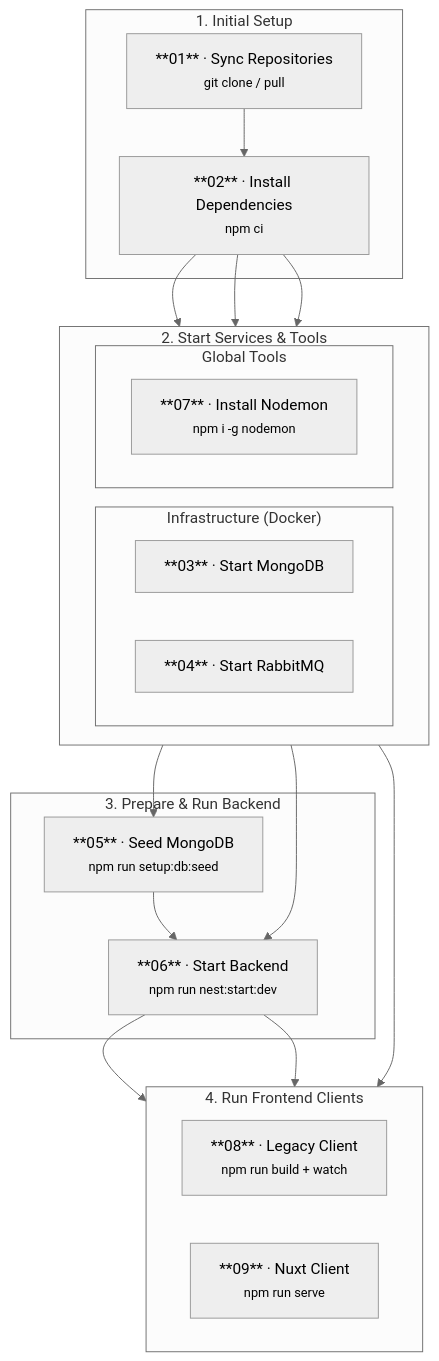
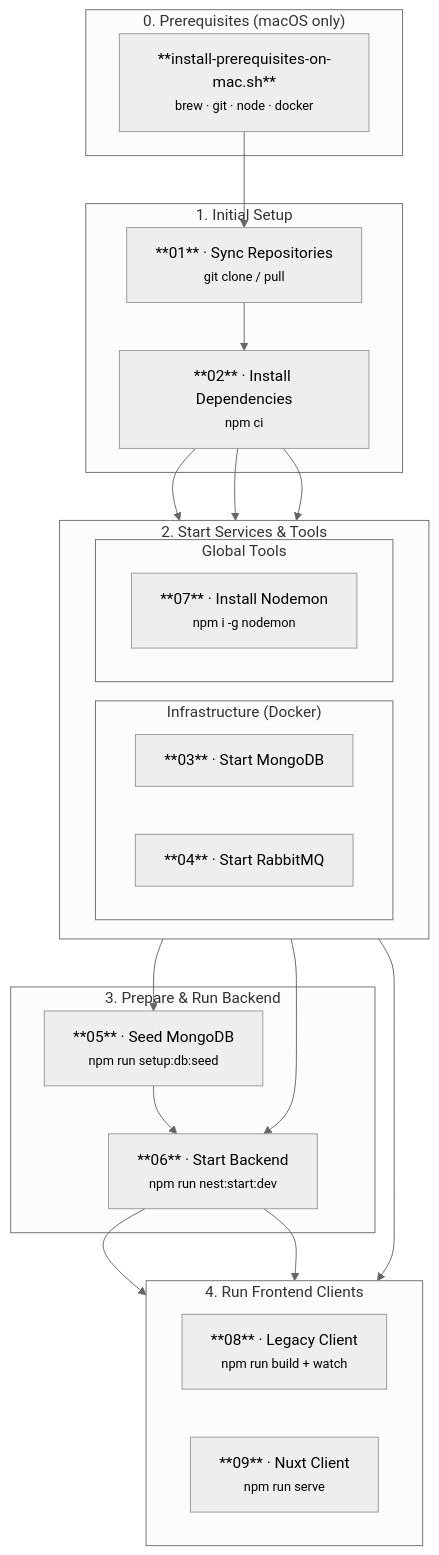
The diagram in README.md (FWU-DE/svs-local-setup), drawn with Mermaid (neutral theme) before and after one commit. The commit also changed other lines of this file and 1 other file, not shown here.

Commit message:
update container name in script 05: Mongo Seed, update readme to include info on mac prerequisites

````diff
--- a/README.md
+++ b/README.md
@@ -17,37 +36,43 @@
 ```mermaid
 flowchart TD
+    subgraph "0. Prerequisites (macOS only)"
+        P["**install-prerequisites-on-mac.sh**\n<small>brew · git · node · docker</small>"]
+    end
+
     subgraph "1. Initial Setup"
         A["**01** · Sync Repositories\n<small>git clone / pull</small>"]
         B["**02** · Install Dependencies\n<small>npm ci</small>"]
         A --> B
     end
+
+    P --> A
 
     subgraph "2. Start Services & Tools"
         direction LR
         subgraph "Infrastructure (Docker)"
             C["**03** · Start MongoDB"]
             D["**04** · Start RabbitMQ"]
         end
         subgraph "Global Tools"
             G["**07** · Install Nodemon\n<small>npm i -g nodemon</small>"]
         end
     end
 
     B --> C & D & G
 
     subgraph "3. Prepare & Run Backend"
         E["**05** · Seed MongoDB\n<small>npm run setup:db:seed</small>"]
         F["**06** · Start Backend\n<small>npm run nest:start:dev</small>"]
         C --> E --> F
         D --> F
     end
 
     subgraph "4. Run Frontend Clients"
         direction LR
         H["**08** · Legacy Client\n<small>npm run build + watch</small>"]
         I["**09** · Nuxt Client\n<small>npm run serve</small>"]
     end
 
     G --> H
     F --> H & I
 ```
````
